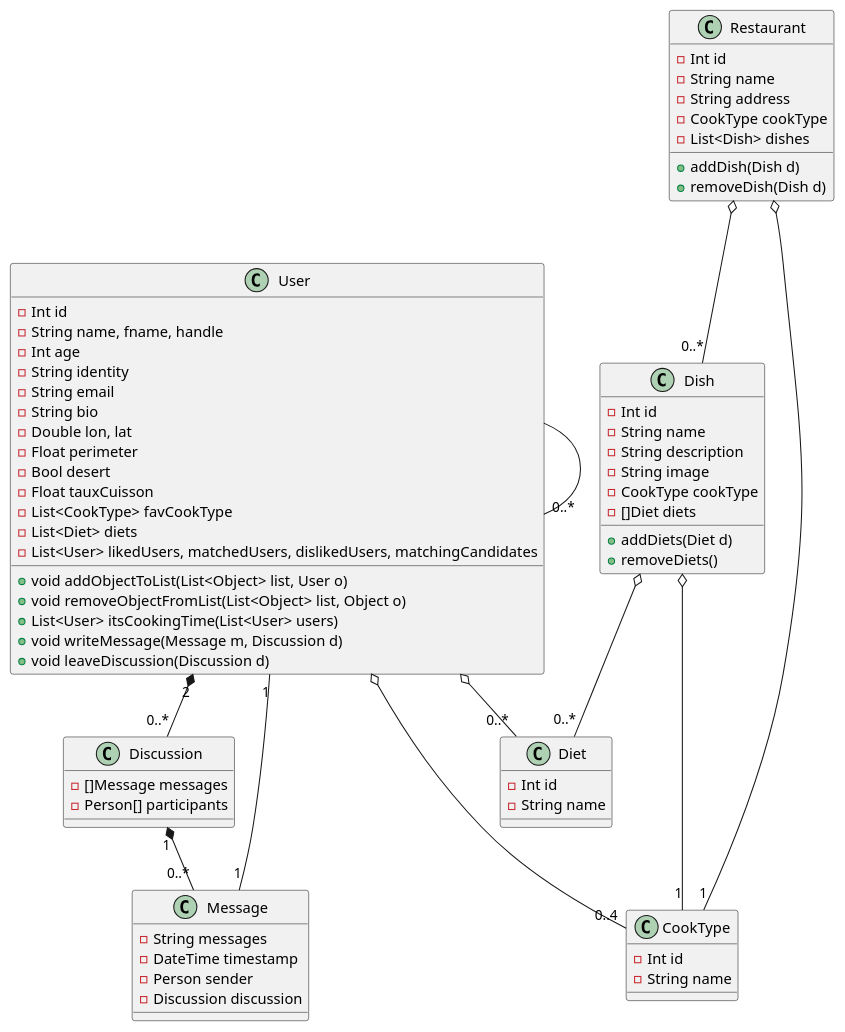
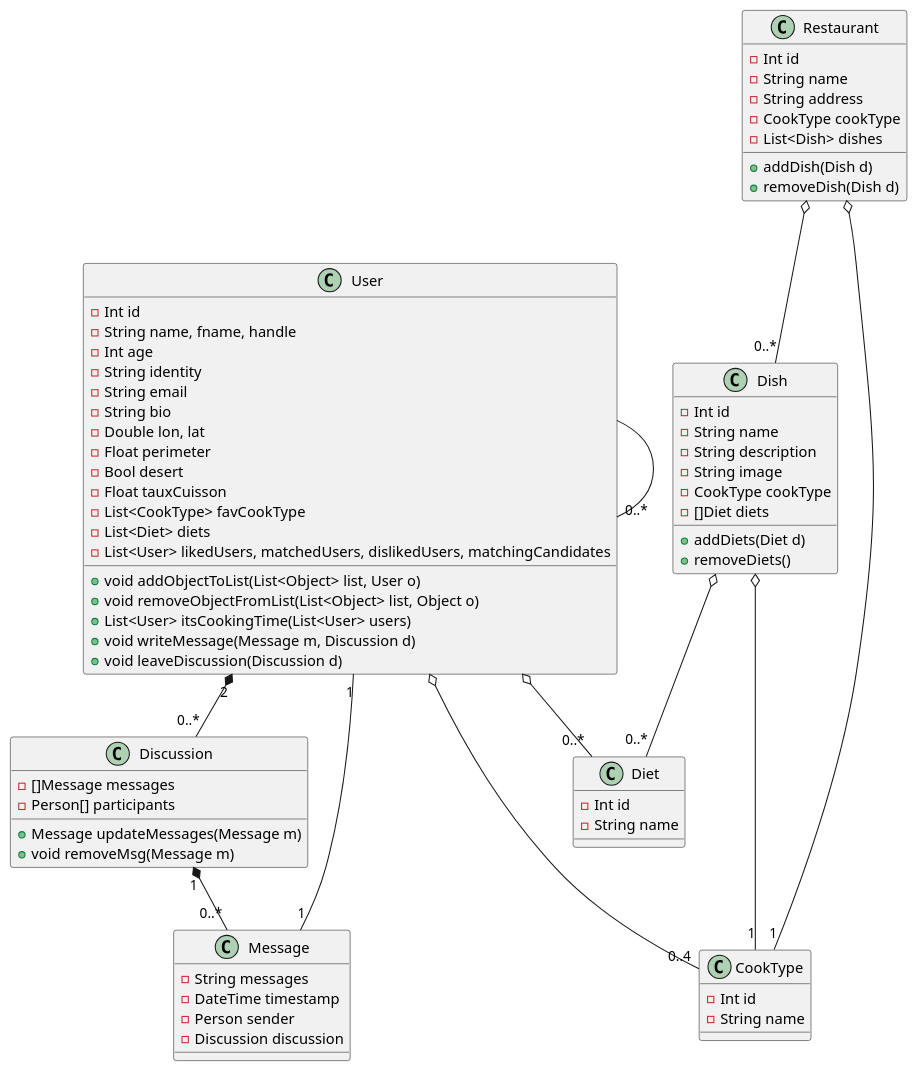
One commit to UPPA-s-University-Projects/M1_SIGLIS-MeetBallsUML changed the diagram in class/general.puml. Above: the diagram before and after it, drawn with PlantUML. The commit also changed 3 other files, not shown here.

```diff
--- a/class/general.puml
+++ b/class/general.puml
@@ -1,87 +1,90 @@
 @startuml 
     Class "User" as person{
    
         - Int id
         - String name, fname, handle
         - Int age
         - String identity
         - String email
         - String bio
         - Double lon, lat
         - Float perimeter
         - Bool desert
         - Float tauxCuisson 
         - List<CookType> favCookType
         - List<Diet> diets
         - List<User> likedUsers, matchedUsers, dislikedUsers, matchingCandidates
 
         + void addObjectToList(List<Object> list, User o)
         + void removeObjectFromList(List<Object> list, Object o)
         + List<User> itsCookingTime(List<User> users)
         + void writeMessage(Message m, Discussion d)
         + void leaveDiscussion(Discussion d)
         
     }
 
     Class "CookType" as cookType{
         - Int id
         - String name
     }
 
     Class "Diet" as diet{
         - Int id
         - String name
     }
 
     Class "Dish" as dish{
         - Int id
         - String name
         - String description
         - String image
         - CookType cookType
         - []Diet diets
 
         + addDiets(Diet d)
         + removeDiets()
 
     }
 
     Class "Restaurant" as restaurant{
         - Int id
         - String name
         - String address
         - CookType cookType
         - List<Dish> dishes
 
         + addDish(Dish d)
         + removeDish(Dish d)
     }
 
 
     Class "Message" as messaging{
         - String messages        
         - DateTime timestamp
         - Person sender
         - Discussion discussion
     }
 
     Class "Discussion" as discuss{
         - []Message messages
         - Person[] participants
+
+        + Message updateMessages(Message m)
+        + void removeMsg(Message m)
     }
 
     person o-- "0..4" cookType
     person o-- "0..*" diet
     person - "0..*" person
 
     dish o--- "1" cookType
     dish o-- "0..*" diet
     
     discuss "1" *-- "0..*" messaging
     messaging "1" -- "1" person
     person "2" *-- "0..*" discuss
 
     restaurant o-- "1" cookType
     restaurant o-- "0..*" dish
 
 @enduml
```
